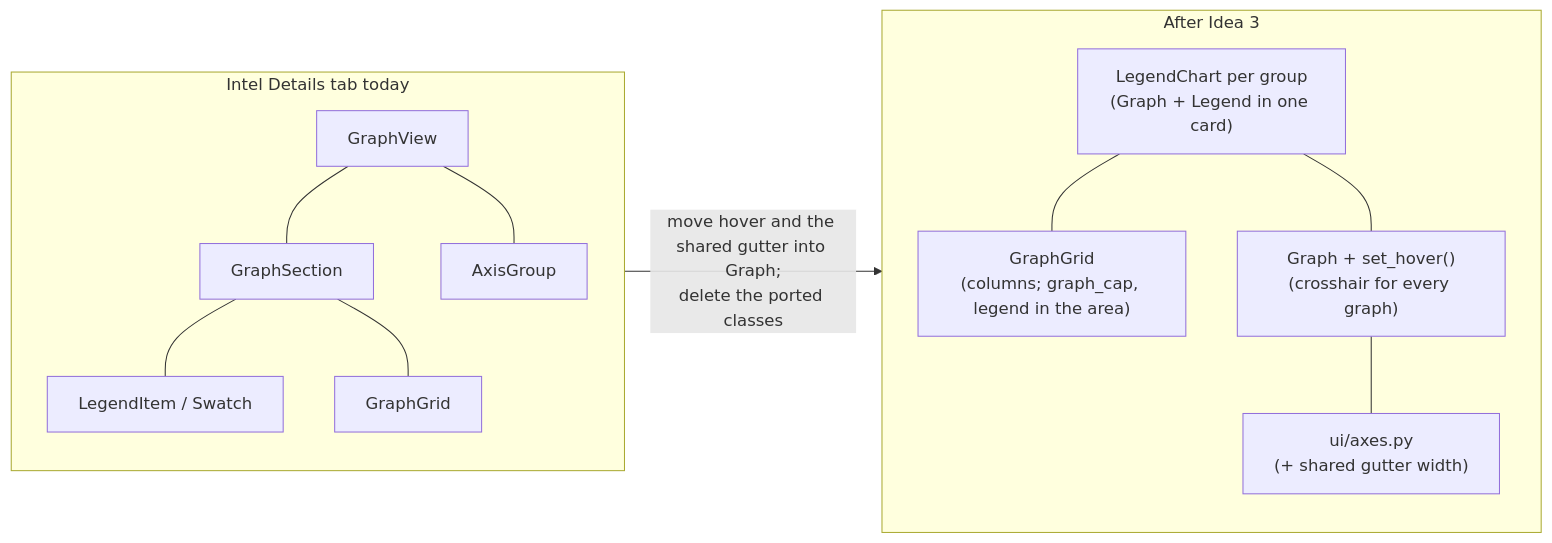
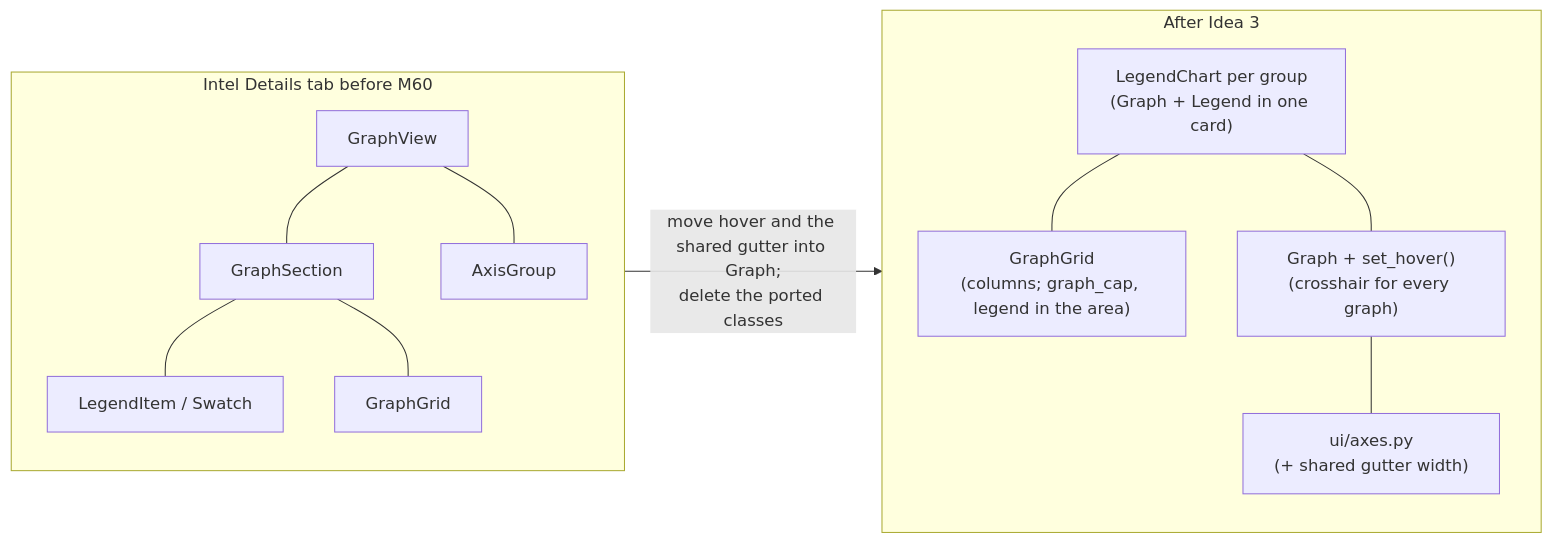
Before and after one commit to mamadingleberry/proccoli: diagram 38 of 42 in docs/DESIGN.md, drawn with Mermaid. The commit also changed other lines of this file and 98 other files, not shown here.

````diff
--- a/docs/DESIGN.md
+++ b/docs/DESIGN.md
@@ -2583,15 +2809,15 @@
 ```mermaid
 flowchart LR
-    subgraph Now["Intel Details tab today"]
+    subgraph Now["Intel Details tab before M60"]
         GV[GraphView] --- GS[GraphSection]
         GS --- LI["LegendItem / Swatch"]
         GV --- AG[AxisGroup]
         GS --- GG[GraphGrid]
     end
     subgraph After["After Idea 3"]
         LC["LegendChart per group<br/>(Graph + Legend in one card)"] --- GG2["GraphGrid<br/>(columns; graph_cap, legend in the area)"]
         G2["Graph + set_hover()<br/>(crosshair for every graph)"] --- AX["ui/axes.py<br/>(+ shared gutter width)"]
         LC --- G2
     end
     Now -->|"move hover and the shared gutter into Graph;<br/>delete the ported classes"| After
 ```
````
